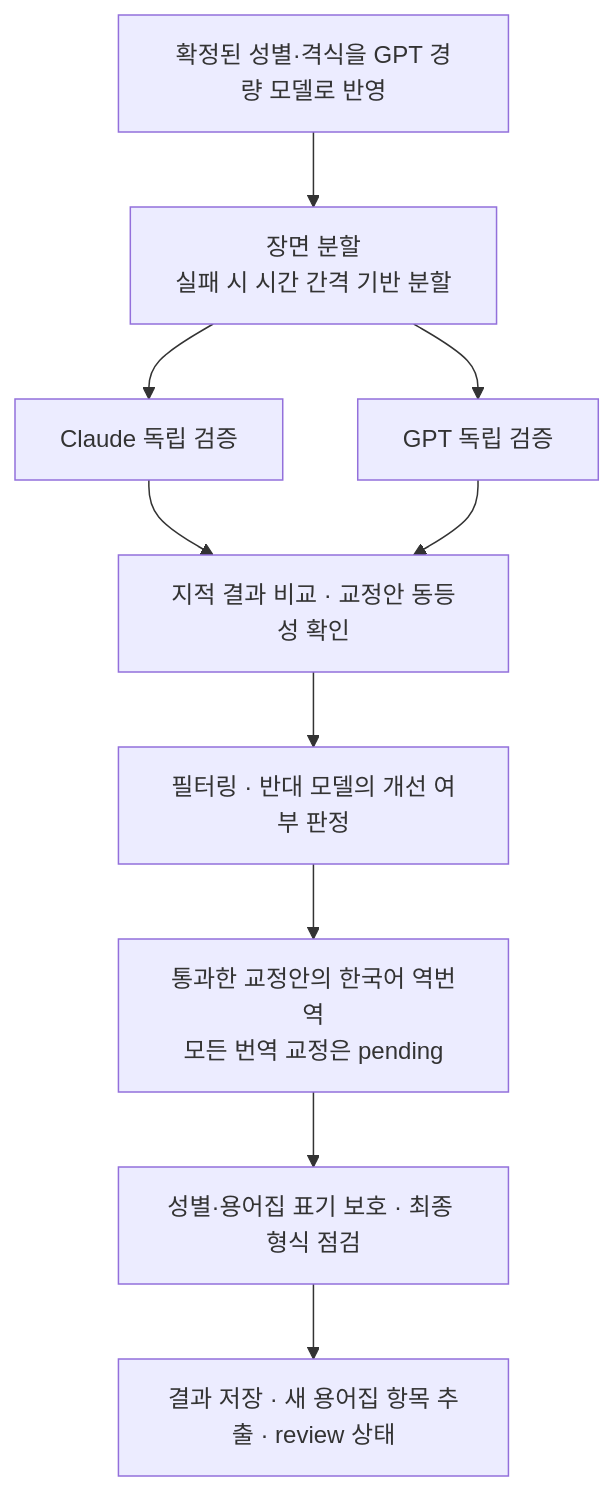
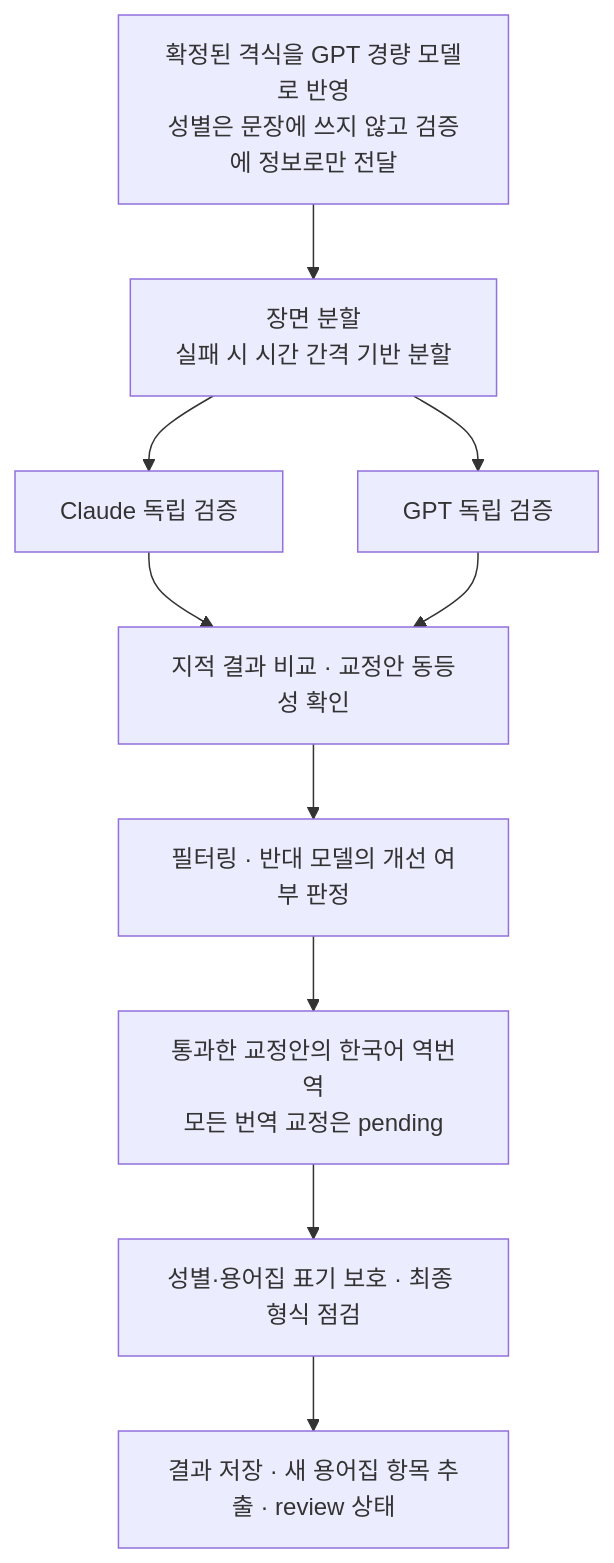
The second of 3 diagrams in README.md (soyeong-new/sub-translation-qc), drawn with Mermaid before and after one commit. The commit also changed other lines of this file, not shown here.

````diff
--- a/README.md
+++ b/README.md
@@ -68,15 +66,15 @@
 ```mermaid
 flowchart TD
-    A["확정된 성별·격식을 GPT 경량 모델로 반영"]
+    A["확정된 격식을 GPT 경량 모델로 반영<br/>성별은 문장에 쓰지 않고 검증에 정보로만 전달"]
     B["장면 분할<br/>실패 시 시간 간격 기반 분할"]
     C["Claude 독립 검증"]
     D["GPT 독립 검증"]
     E["지적 결과 비교 · 교정안 동등성 확인"]
     F["필터링 · 반대 모델의 개선 여부 판정"]
     G["통과한 교정안의 한국어 역번역<br/>모든 번역 교정은 pending"]
     H["성별·용어집 표기 보호 · 최종 형식 점검"]
     I["결과 저장 · 새 용어집 항목 추출 · review 상태"]
     A --> B
     B --> C & D
     C & D --> E --> F --> G --> H --> I
 ```
````
